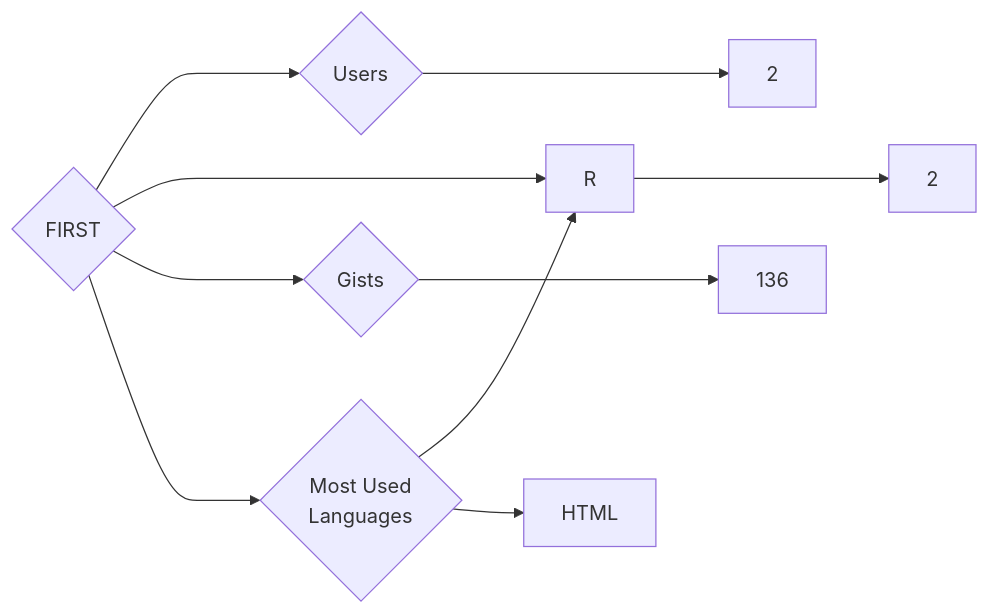
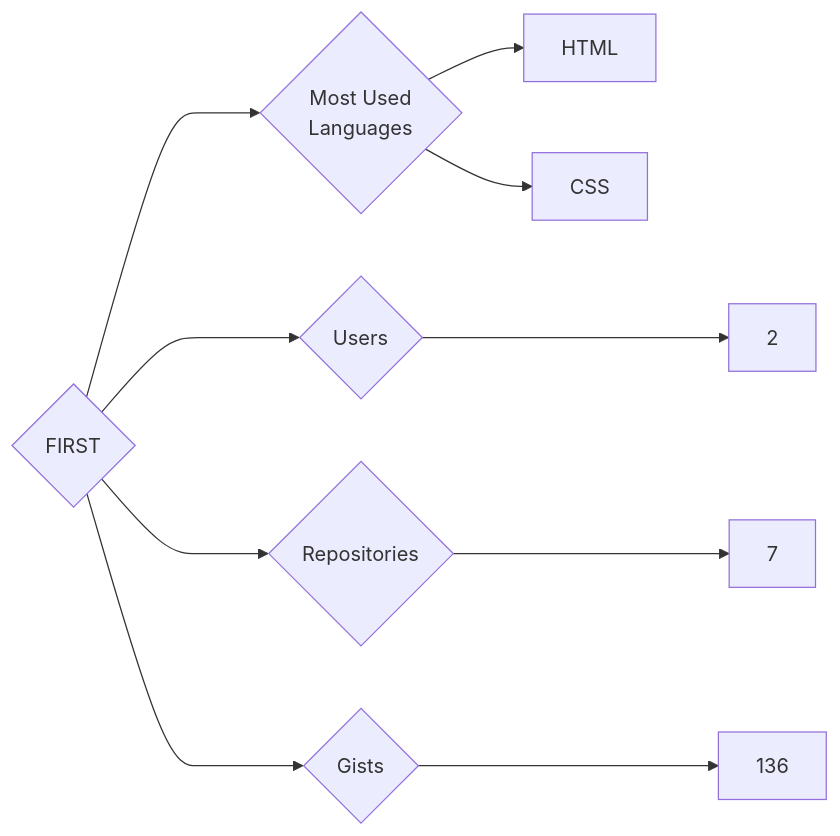
The diagram in targets/FIRST/README.md (trickest/insiders), drawn with Mermaid before and after one commit. The commit also changed 611 other files, not shown here.

````diff
--- a/targets/FIRST/README.md
+++ b/targets/FIRST/README.md
@@ -3,10 +3,10 @@
 ```mermaid
 graph LR
 COMPANY_NAME{FIRST}
 COMPANY_NAME ---> U{Users} ---> UN[2]
-COMPANY_NAME ---> R{Repositories} ---> RN[2]
+COMPANY_NAME ---> R{Repositories} ---> RN[7]
 COMPANY_NAME ---> G{Gists} ---> GN[136]
 COMPANY_NAME ---> ML{Most Used<br>Languages}
-ML --> R[R]
 ML --> HTML[HTML]
+ML --> CSS[CSS]
 ```
````
